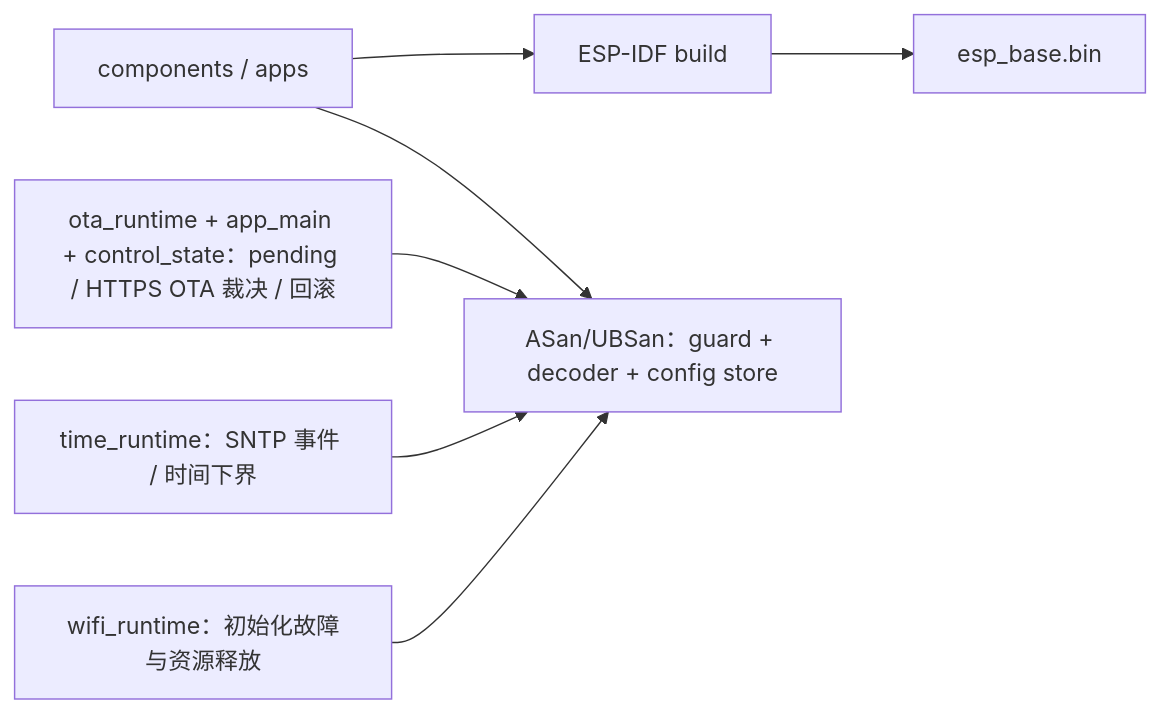
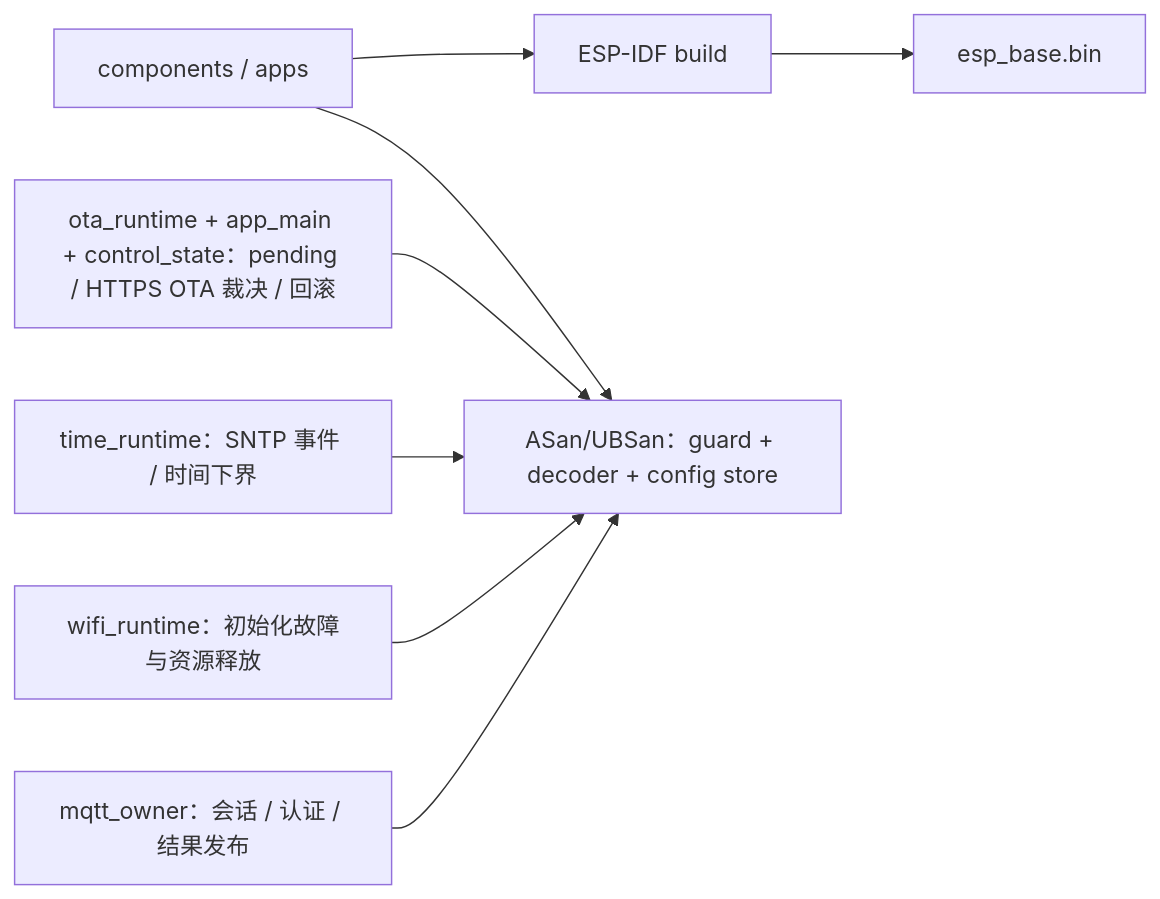
The diagram in firmware/tests/README.md (darren-you/esp-base), drawn with Mermaid before and after one commit. The commit also changed other lines of this file and 14 other files, not shown here.

````diff
--- a/firmware/tests/README.md
+++ b/firmware/tests/README.md
@@ -17,9 +19,10 @@
 ```mermaid
 flowchart LR
     sources["components / apps"] --> idf["ESP-IDF build"]
     sources --> host["ASan/UBSan：guard + decoder + config store"]
     ota["ota_runtime + app_main + control_state：pending / HTTPS OTA 裁决 / 回滚"] --> host
     time["time_runtime：SNTP 事件 / 时间下界"] --> host
     wifi["wifi_runtime：初始化故障与资源释放"] --> host
+    mqtt["mqtt_owner：会话 / 认证 / 结果发布"] --> host
     idf --> image["esp_base.bin"]
 ```
````
